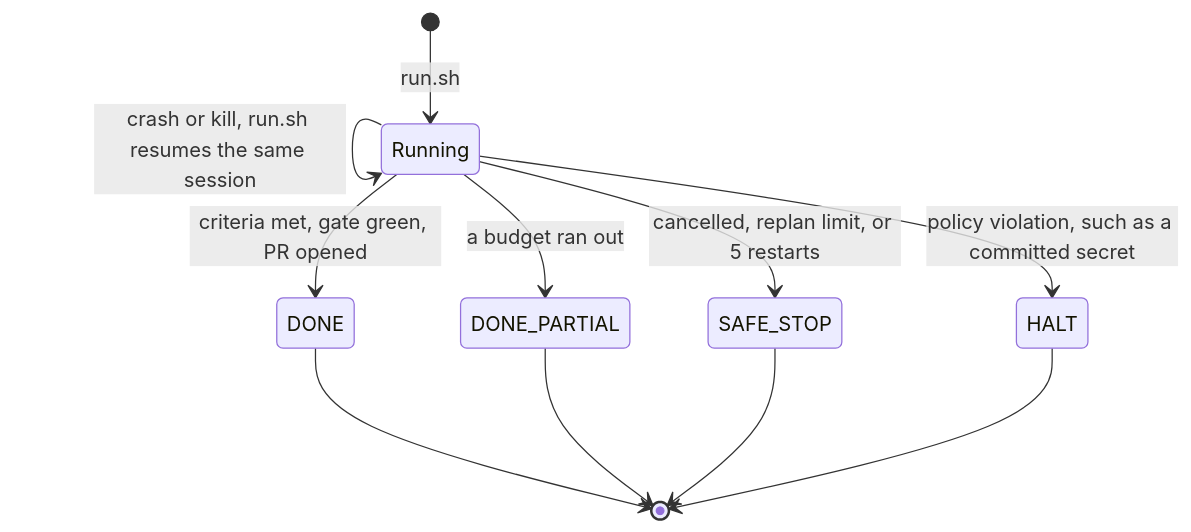
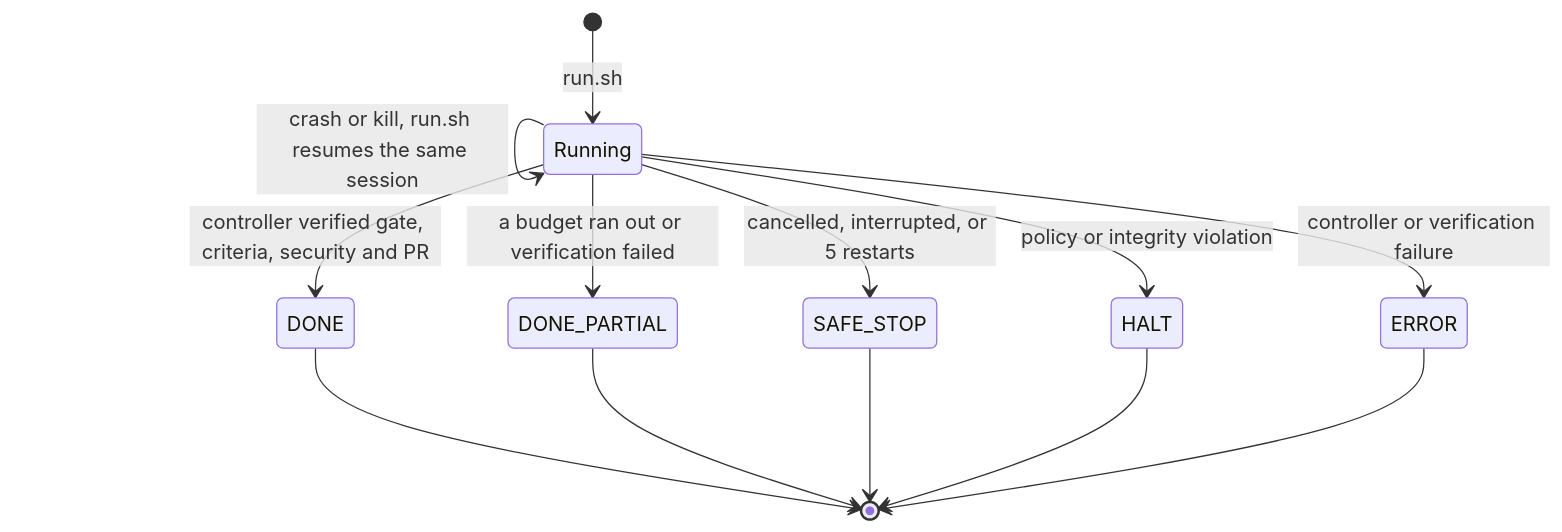
Before and after one commit to Jimmycarroll2021/quickship: the fifth of 5 diagrams in README.md, drawn with Mermaid. The commit also changed other lines of this file and 48 other files, not shown here.

````diff
--- a/README.md
+++ b/README.md
@@ -198,13 +219,15 @@
 ```mermaid
 stateDiagram-v2
     [*] --> Running: run.sh
     Running --> Running: crash or kill, run.sh resumes the same session
-    Running --> DONE: criteria met, gate green, PR opened
-    Running --> DONE_PARTIAL: a budget ran out
-    Running --> SAFE_STOP: cancelled, replan limit, or 5 restarts
-    Running --> HALT: policy violation, such as a committed secret
+    Running --> DONE: controller verified gate, criteria, security and PR
+    Running --> DONE_PARTIAL: a budget ran out or verification failed
+    Running --> SAFE_STOP: cancelled, interrupted, or 5 restarts
+    Running --> HALT: policy or integrity violation
+    Running --> ERROR: controller or verification failure
     DONE --> [*]
     DONE_PARTIAL --> [*]
     SAFE_STOP --> [*]
     HALT --> [*]
+    ERROR --> [*]
 ```
````
